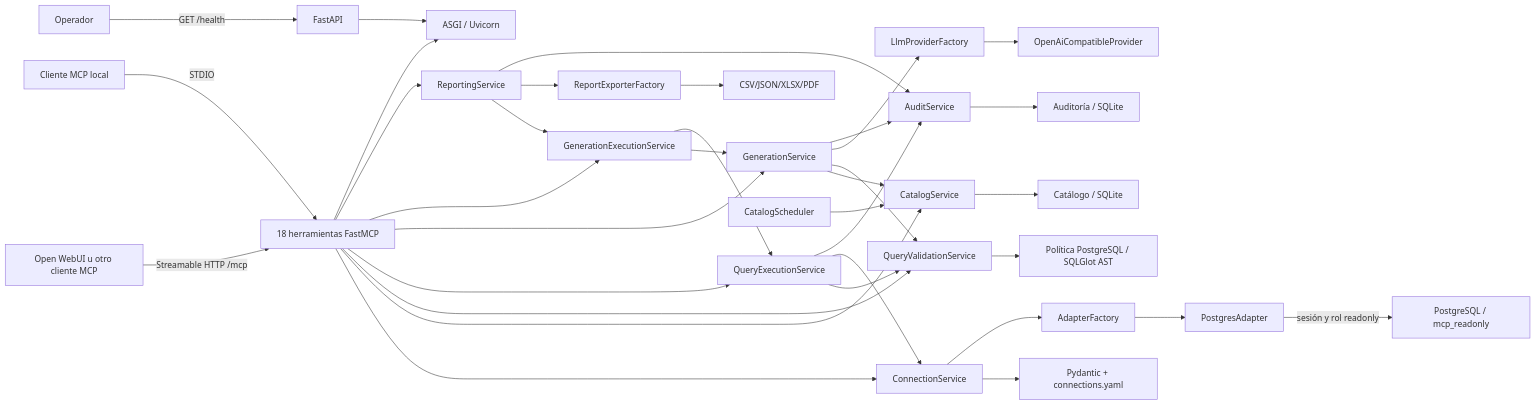
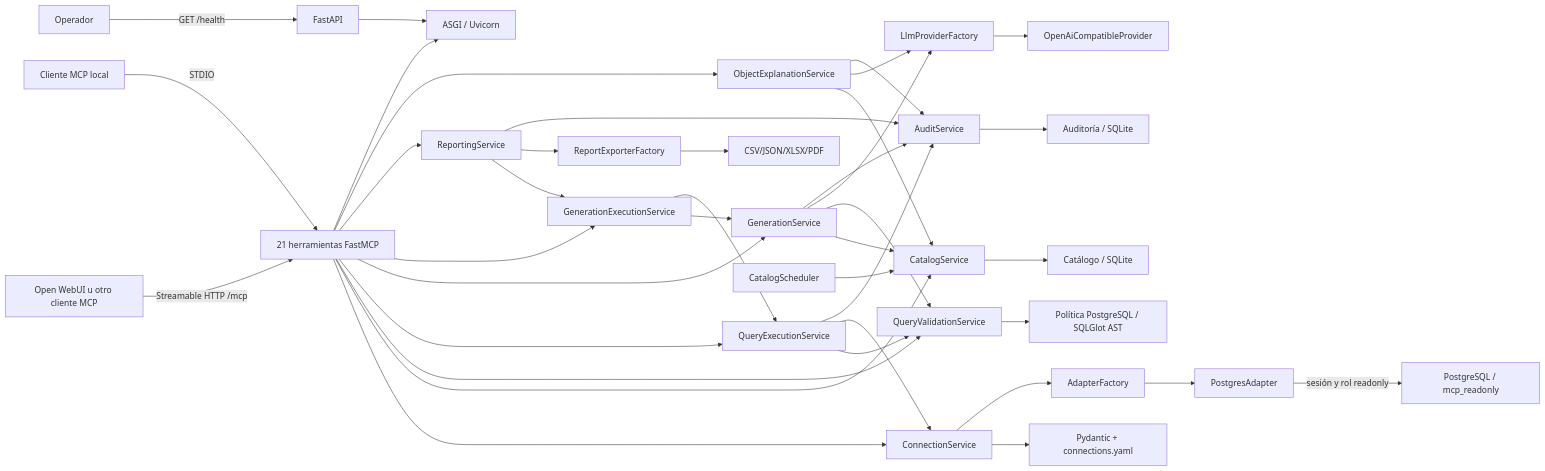
One commit to 1franky/data-analits-MCP changed the first of 2 diagrams in docs/architecture.md. Above: the diagram before and after it, drawn with Mermaid. The commit also changed other lines of this file and 48 other files, not shown here.

````diff
--- a/docs/architecture.md
+++ b/docs/architecture.md
@@ -30,37 +34,41 @@
 ```mermaid
 flowchart LR
-    NetworkClient["Open WebUI u otro cliente MCP"] -->|"Streamable HTTP /mcp"| Tools["18 herramientas FastMCP"]
+    NetworkClient["Open WebUI u otro cliente MCP"] -->|"Streamable HTTP /mcp"| Tools["21 herramientas FastMCP"]
     LocalClient["Cliente MCP local"] -->|"STDIO"| Tools
     Operator["Operador"] -->|"GET /health"| API["FastAPI"]
     Tools --> CS["ConnectionService"]
     Tools --> Cat["CatalogService"]
     Tools --> Validator["QueryValidationService"]
     Tools --> Executor["QueryExecutionService"]
     Tools --> Gen["GenerationService"]
     Tools --> GenExec["GenerationExecutionService"]
     Tools --> Report["ReportingService"]
+    Tools --> ObjExp["ObjectExplanationService"]
     Executor --> Validator
     Executor --> CS
     GenExec --> Gen
     GenExec --> Executor
     Report --> GenExec
     Report --> ExpFactory["ReportExporterFactory"]
     ExpFactory --> Exporters["CSV/JSON/XLSX/PDF"]
     Gen --> Cat
     Gen --> Validator
     Gen --> LlmFactory["LlmProviderFactory"]
+    ObjExp --> Cat
+    ObjExp --> LlmFactory
     LlmFactory --> LlmProvider["OpenAiCompatibleProvider"]
     CS --> Config["Pydantic + connections.yaml"]
     CS --> Factory["AdapterFactory"]
     Factory --> PG["PostgresAdapter"]
     PG -->|"sesión y rol readonly"| DB["PostgreSQL / mcp_readonly"]
     Cat --> CatalogDB["Catálogo / SQLite"]
     Executor --> Audit["AuditService"]
     Gen --> Audit
     Report --> Audit
+    ObjExp --> Audit
     Validator --> Policy["Política PostgreSQL / SQLGlot AST"]
     Audit --> AuditDB["Auditoría / SQLite"]
     Scheduler["CatalogScheduler"] --> Cat
     API --> ASGI["ASGI / Uvicorn"]
     Tools --> ASGI
 ```
````
